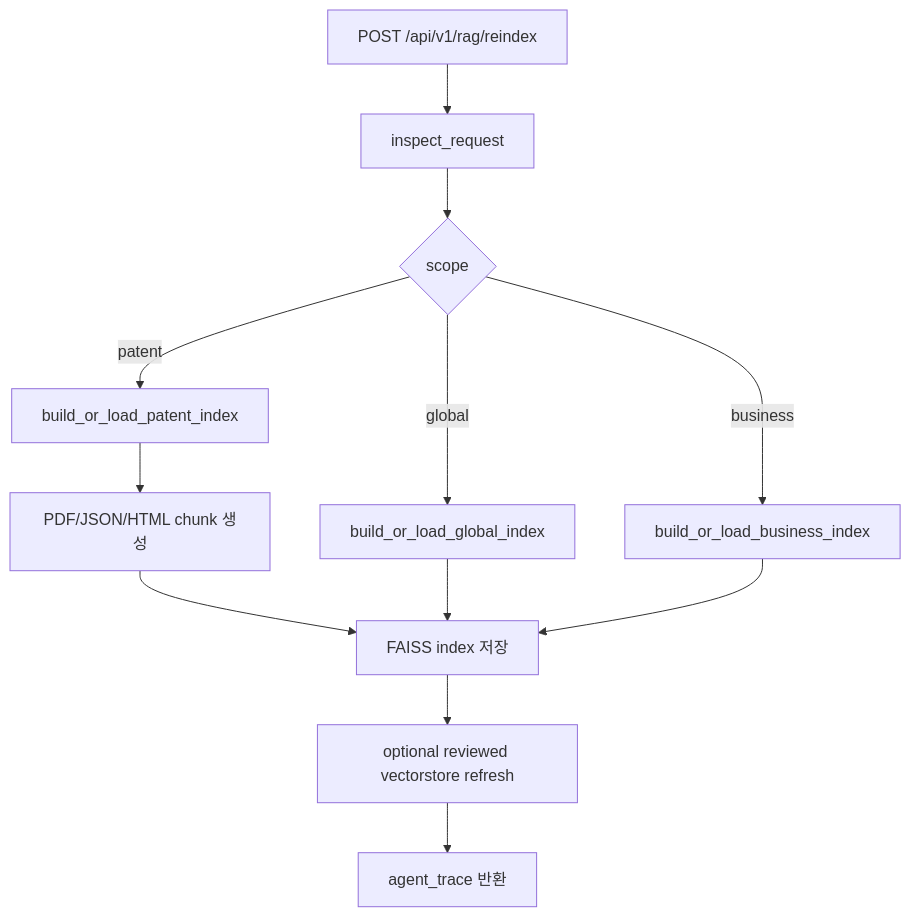
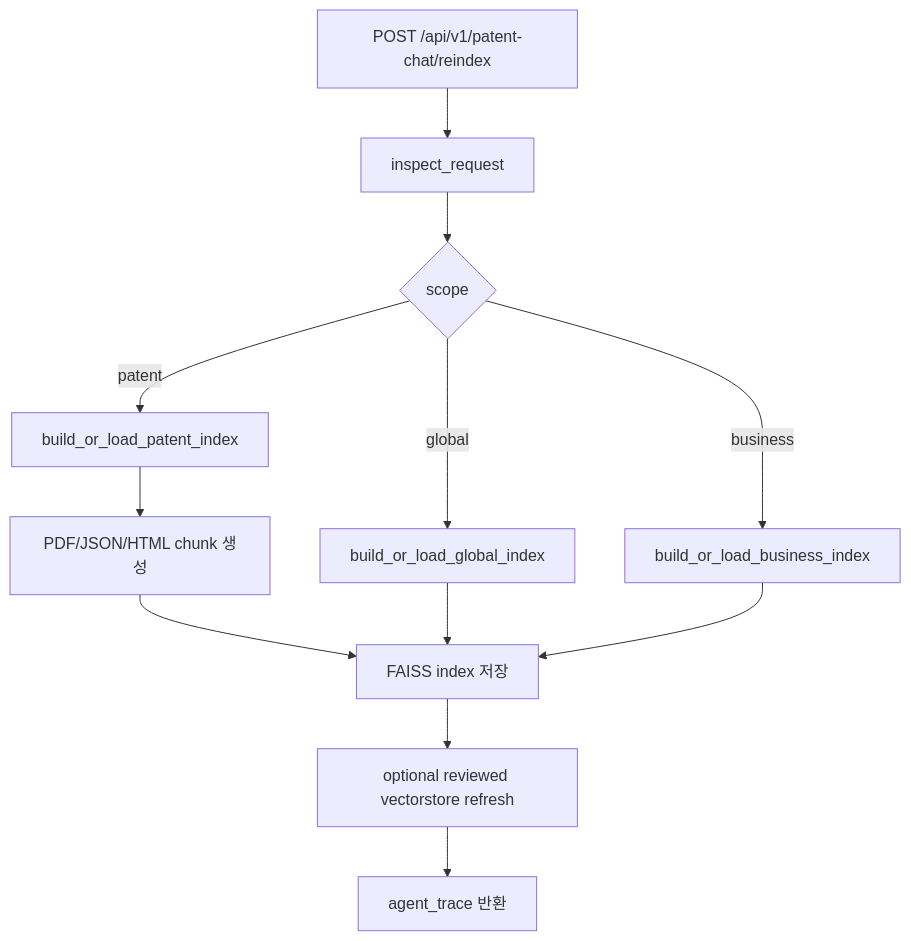
One commit to skipers/skipa-ai-server changed the third of 6 diagrams in README.md. Above: the diagram before and after it, drawn with Mermaid. The commit also changed other lines of this file and 9 other files, not shown here.

Commit message:
feat: expose unified patent chat API

````diff
--- a/README.md
+++ b/README.md
@@ -699,14 +699,14 @@
 ```mermaid
 flowchart TD
-  A[POST /api/v1/rag/reindex] --> B[inspect_request]
+  A[POST /api/v1/patent-chat/reindex] --> B[inspect_request]
   B --> C{scope}
   C -->|patent| D[build_or_load_patent_index]
   C -->|global| E[build_or_load_global_index]
   C -->|business| F[build_or_load_business_index]
   D --> G[PDF/JSON/HTML chunk 생성]
   G --> H[FAISS index 저장]
   E --> H
   F --> H
   H --> I[optional reviewed vectorstore refresh]
   I --> J[agent_trace 반환]
 ```
````
